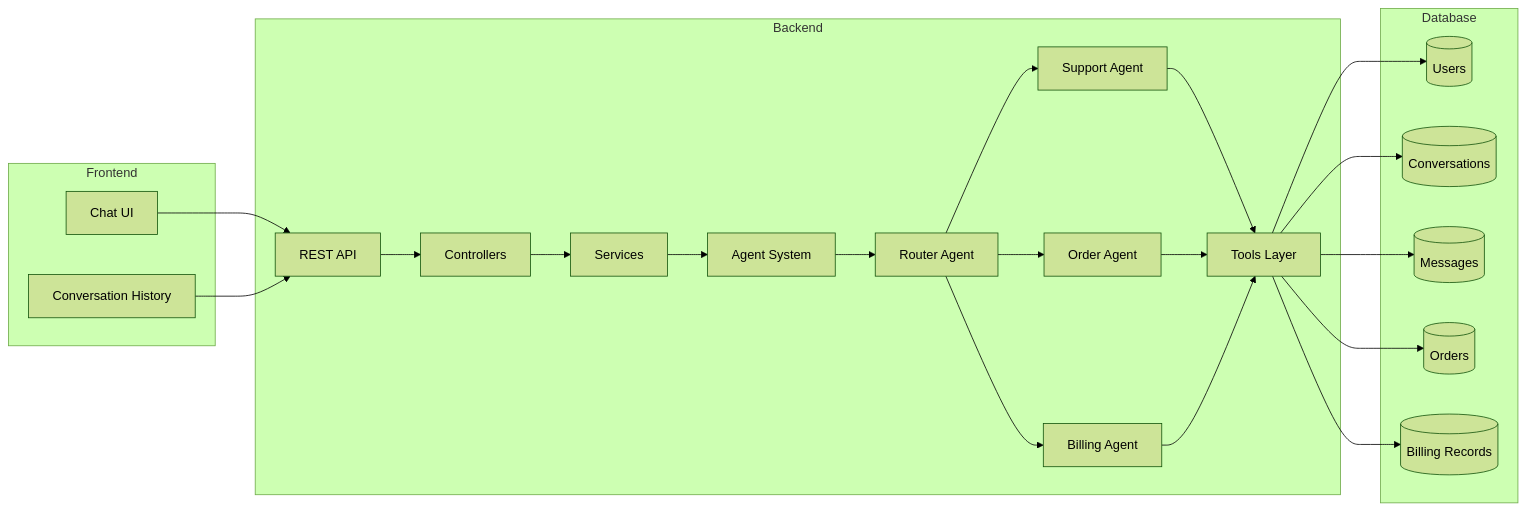
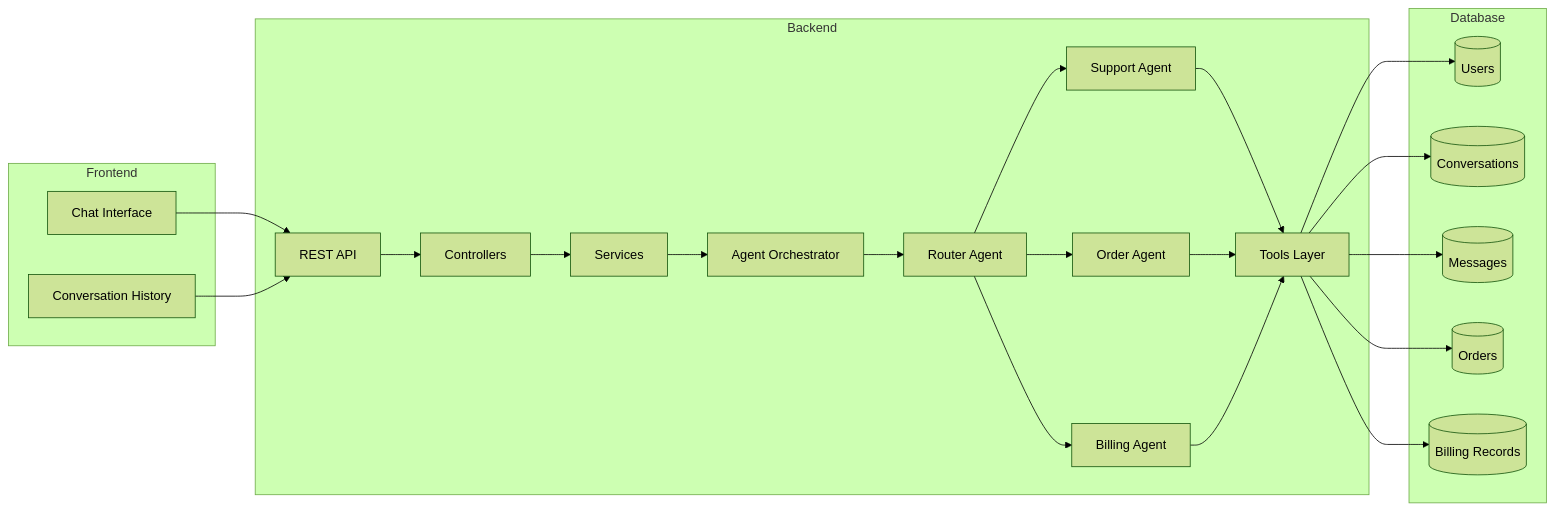
Before and after one commit to nagajaideep/AI-powered-customer-support-: the first of 4 diagrams in README.md, drawn with Mermaid (forest theme). The commit also changed other lines of this file, not shown here.

````diff
--- a/README.md
+++ b/README.md
@@ -24,49 +48,49 @@
 ```mermaid
 flowchart LR
 
   subgraph Frontend
-    UI[Chat UI]
+    UI[Chat Interface]
     HIST[Conversation History]
   end
 
   subgraph Backend
     API[REST API]
     CTRL[Controllers]
     SRV[Services]
-    AG[Agent System]
+    AG[Agent Orchestrator]
     ROUTER[Router Agent]
     SUP[Support Agent]
     ORD[Order Agent]
     BILL[Billing Agent]
     TOOLS[Tools Layer]
   end
 
   subgraph Database
     USERS[(Users)]
     CONV[(Conversations)]
     MSG[(Messages)]
     ORDERS[(Orders)]
     BILLING[(Billing Records)]
   end
 
   UI --> API
   HIST --> API
   API --> CTRL
   CTRL --> SRV
   SRV --> AG
 
   AG --> ROUTER
   ROUTER --> SUP
   ROUTER --> ORD
   ROUTER --> BILL
 
   SUP --> TOOLS
   ORD --> TOOLS
   BILL --> TOOLS
 
   TOOLS --> USERS
   TOOLS --> CONV
   TOOLS --> MSG
   TOOLS --> ORDERS
   TOOLS --> BILLING
 ```
````
